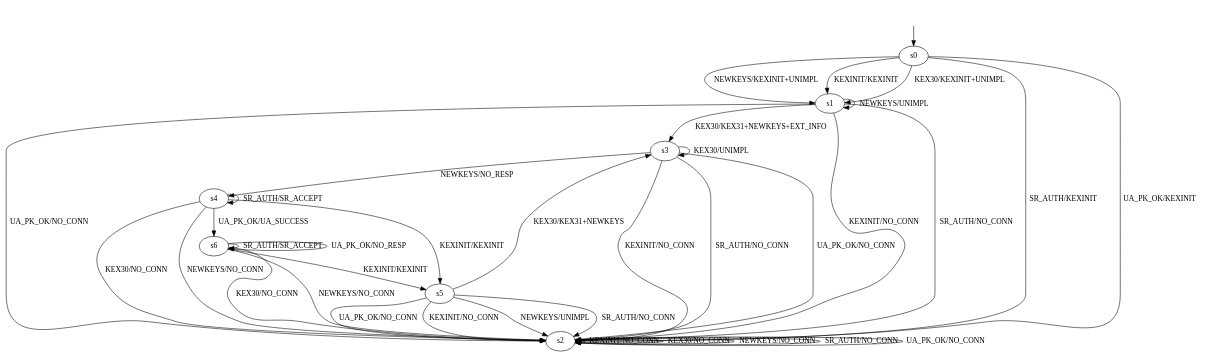
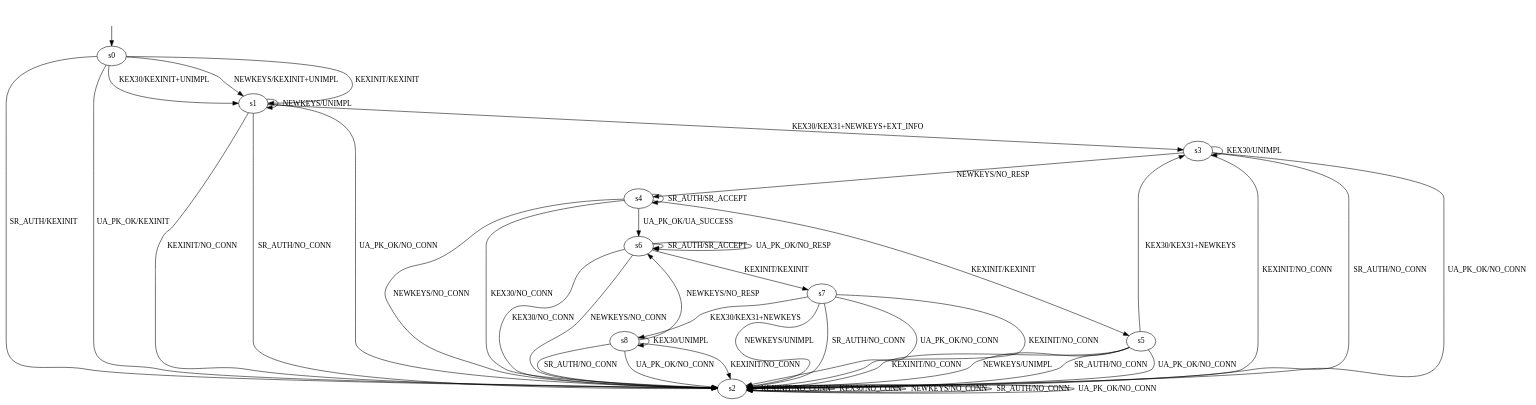
The diagram in results/models/dropbear2020.dot (Lumberj3ck/agentic-protocol-state-learning), drawn with Graphviz before and after one commit. The commit also changed 24 other files, not shown here.

```diff
--- a/results/models/dropbear2020.dot
+++ b/results/models/dropbear2020.dot
@@ -1,46 +1,58 @@
 digraph dropbear2020 {
 s0 [label="s0"];
 s1 [label="s1"];
 s2 [label="s2"];
 s3 [label="s3"];
 s4 [label="s4"];
 s5 [label="s5"];
 s6 [label="s6"];
+s7 [label="s7"];
+s8 [label="s8"];
 s0 -> s1 [label="KEXINIT/KEXINIT"];
 s0 -> s1 [label="KEX30/KEXINIT+UNIMPL"];
 s0 -> s1 [label="NEWKEYS/KEXINIT+UNIMPL"];
 s0 -> s2 [label="SR_AUTH/KEXINIT"];
 s0 -> s2 [label="UA_PK_OK/KEXINIT"];
 s1 -> s2 [label="KEXINIT/NO_CONN"];
 s1 -> s3 [label="KEX30/KEX31+NEWKEYS+EXT_INFO"];
 s1 -> s1 [label="NEWKEYS/UNIMPL"];
 s1 -> s2 [label="SR_AUTH/NO_CONN"];
 s1 -> s2 [label="UA_PK_OK/NO_CONN"];
 s2 -> s2 [label="KEXINIT/NO_CONN"];
 s2 -> s2 [label="KEX30/NO_CONN"];
 s2 -> s2 [label="NEWKEYS/NO_CONN"];
 s2 -> s2 [label="SR_AUTH/NO_CONN"];
 s2 -> s2 [label="UA_PK_OK/NO_CONN"];
 s3 -> s2 [label="KEXINIT/NO_CONN"];
 s3 -> s3 [label="KEX30/UNIMPL"];
 s3 -> s4 [label="NEWKEYS/NO_RESP"];
 s3 -> s2 [label="SR_AUTH/NO_CONN"];
 s3 -> s2 [label="UA_PK_OK/NO_CONN"];
 s4 -> s5 [label="KEXINIT/KEXINIT"];
 s4 -> s2 [label="KEX30/NO_CONN"];
 s4 -> s2 [label="NEWKEYS/NO_CONN"];
 s4 -> s4 [label="SR_AUTH/SR_ACCEPT"];
 s4 -> s6 [label="UA_PK_OK/UA_SUCCESS"];
 s5 -> s2 [label="KEXINIT/NO_CONN"];
 s5 -> s3 [label="KEX30/KEX31+NEWKEYS"];
 s5 -> s2 [label="NEWKEYS/UNIMPL"];
 s5 -> s2 [label="SR_AUTH/NO_CONN"];
 s5 -> s2 [label="UA_PK_OK/NO_CONN"];
-s6 -> s5 [label="KEXINIT/KEXINIT"];
+s6 -> s7 [label="KEXINIT/KEXINIT"];
 s6 -> s2 [label="KEX30/NO_CONN"];
 s6 -> s2 [label="NEWKEYS/NO_CONN"];
 s6 -> s6 [label="SR_AUTH/SR_ACCEPT"];
 s6 -> s6 [label="UA_PK_OK/NO_RESP"];
+s7 -> s2 [label="KEXINIT/NO_CONN"];
+s7 -> s8 [label="KEX30/KEX31+NEWKEYS"];
+s7 -> s2 [label="NEWKEYS/UNIMPL"];
+s7 -> s2 [label="SR_AUTH/NO_CONN"];
+s7 -> s2 [label="UA_PK_OK/NO_CONN"];
+s8 -> s2 [label="KEXINIT/NO_CONN"];
+s8 -> s8 [label="KEX30/UNIMPL"];
+s8 -> s6 [label="NEWKEYS/NO_RESP"];
+s8 -> s2 [label="SR_AUTH/NO_CONN"];
+s8 -> s2 [label="UA_PK_OK/NO_CONN"];
 __start0 [shape=none, label=""];
 __start0 -> s0 [label=""];
 }
```
